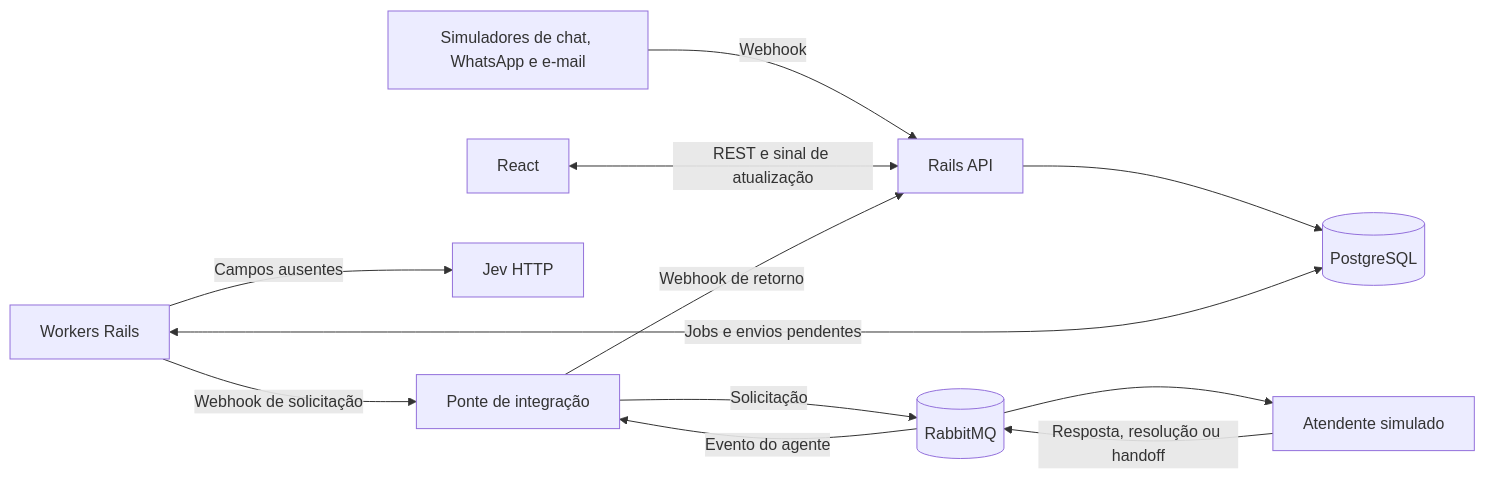
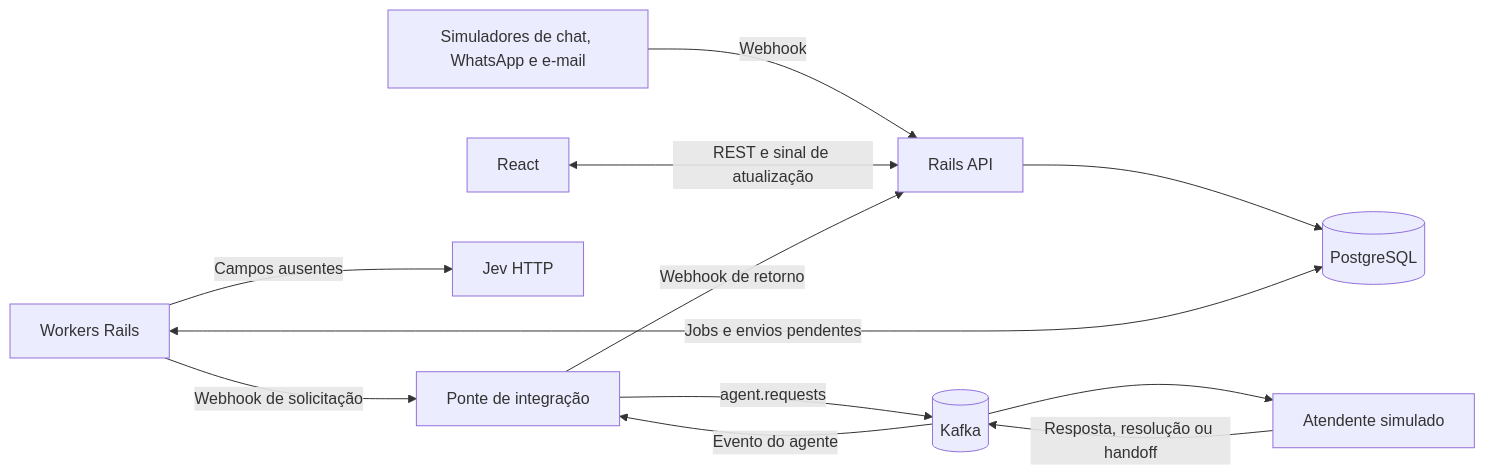
Before and after one commit to leeunam/case-CLOUDWALK-IA: the first of 2 diagrams in docs/planejamento/especificacao-mvp.md, drawn with Mermaid. The commit also changed other lines of this file and 5 other files, not shown here.

````diff
--- a/docs/planejamento/especificacao-mvp.md
+++ b/docs/planejamento/especificacao-mvp.md
@@ -69,14 +69,14 @@
 ```mermaid
 flowchart LR
     Sim[Simuladores de chat, WhatsApp e e-mail] -->|Webhook| API[Rails API]
     UI[React] <-->|REST e sinal de atualização| API
     API --> PG[(PostgreSQL)]
     Worker[Workers Rails] <-->|Jobs e envios pendentes| PG
     Worker -->|Campos ausentes| Jev[Jev HTTP]
     Worker -->|Webhook de solicitação| Ponte[Ponte de integração]
-    Ponte -->|Solicitação| MQ[(RabbitMQ)]
+    Ponte -->|agent.requests| MQ[(Kafka)]
     MQ --> Mock[Atendente simulado]
     Mock -->|Resposta, resolução ou handoff| MQ
     MQ -->|Evento do agente| Ponte
     Ponte -->|Webhook de retorno| API
 ```
````
